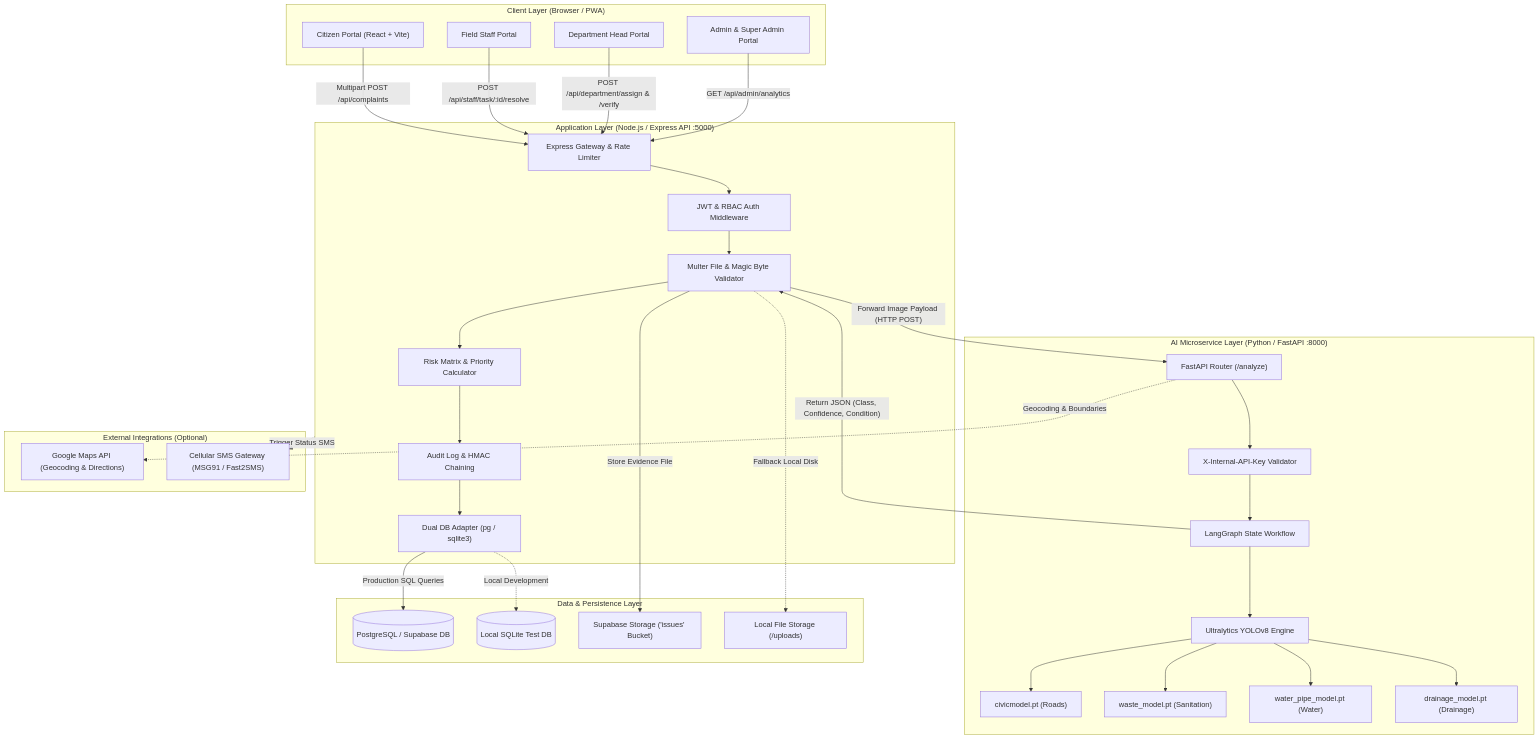
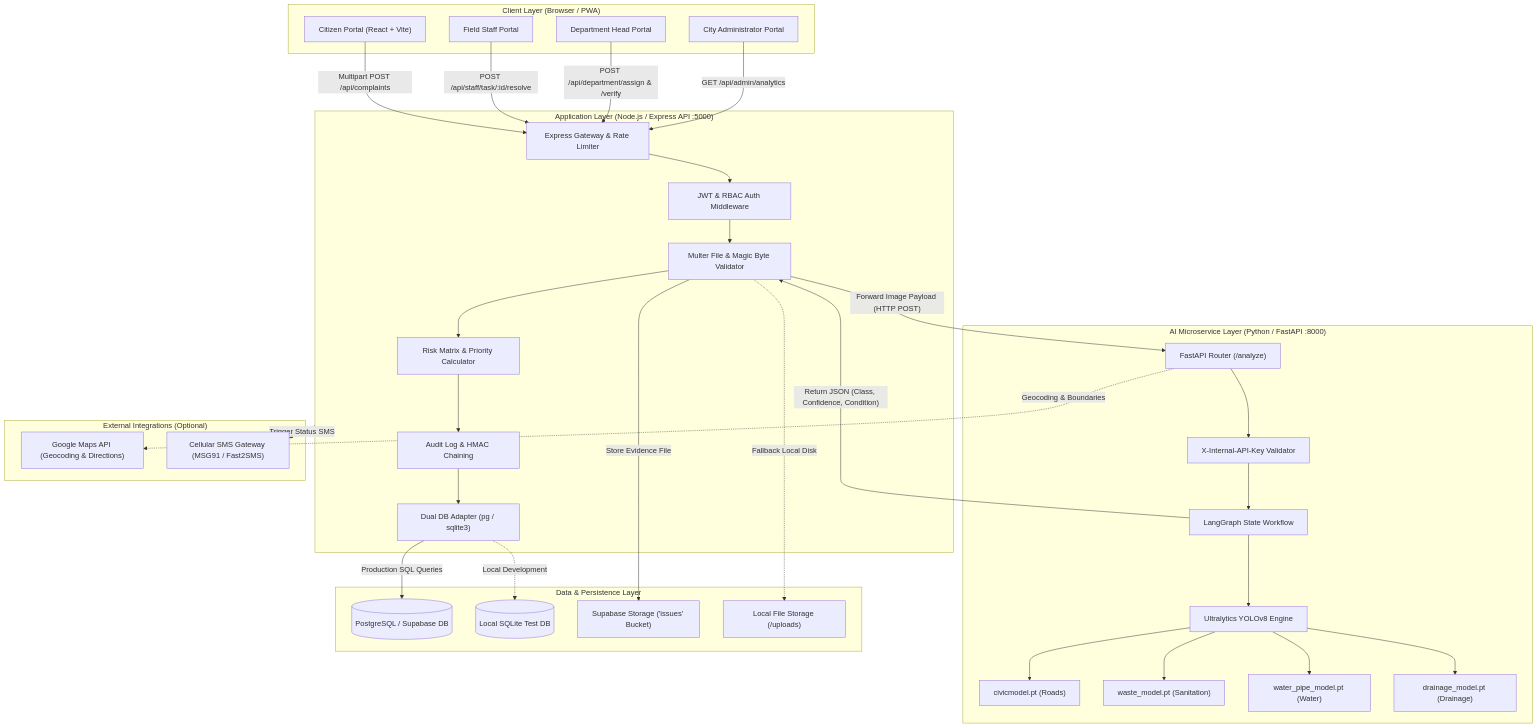
One commit to pratiktupe14/Nagarsetu-Ai changed the first of 2 diagrams in README.md. Above: the diagram before and after it, drawn with Mermaid. The commit also changed other lines of this file, not shown here.

````diff
--- a/README.md
+++ b/README.md
@@ -134,74 +132,74 @@
 ```mermaid
 flowchart TD
     subgraph ClientLayer ["Client Layer (Browser / PWA)"]
         CitizenApp["Citizen Portal (React + Vite)"]
         StaffApp["Field Staff Portal"]
         DeptHeadApp["Department Head Portal"]
-        AdminApp["Admin & Super Admin Portal"]
+        AdminApp["City Administrator Portal"]
     end
 
     subgraph BackendLayer ["Application Layer (Node.js / Express API :5000)"]
         Router["Express Gateway & Rate Limiter"]
         AuthMiddleware["JWT & RBAC Auth Middleware"]
         UploadHandler["Multer File & Magic Byte Validator"]
         RiskEngine["Risk Matrix & Priority Calculator"]
         AuditService["Audit Log & HMAC Chaining"]
         DBAdapter["Dual DB Adapter (pg / sqlite3)"]
     end
 
     subgraph AILayer ["AI Microservice Layer (Python / FastAPI :8000)"]
         FastAPIEndpoint["FastAPI Router (/analyze)"]
         InternalAuth["X-Internal-API-Key Validator"]
         LangGraphPipe["LangGraph State Workflow"]
         YOLOEngine["Ultralytics YOLOv8 Engine"]
         M1["civicmodel.pt (Roads)"]
         M2["waste_model.pt (Sanitation)"]
         M3["water_pipe_model.pt (Water)"]
         M4["drainage_model.pt (Drainage)"]
     end
 
     subgraph DataLayer ["Data & Persistence Layer"]
         PostgresDB[("PostgreSQL / Supabase DB")]
         LocalDB[("Local SQLite Test DB")]
         StorageBucket["Supabase Storage ('issues' Bucket)"]
         LocalDisk["Local File Storage (/uploads)"]
     end
 
     subgraph ExternalServices ["External Integrations (Optional)"]
         GMaps["Google Maps API (Geocoding & Directions)"]
         SMSGateway["Cellular SMS Gateway (MSG91 / Fast2SMS)"]
     end
 
     %% Client to Backend
     CitizenApp -->|"Multipart POST /api/complaints"| Router
     StaffApp -->|"POST /api/staff/task/:id/resolve"| Router
     DeptHeadApp -->|"POST /api/department/assign & /verify"| Router
     AdminApp -->|"GET /api/admin/analytics"| Router
 
     %% Backend Internal Processing
     Router --> AuthMiddleware
     AuthMiddleware --> UploadHandler
     UploadHandler -->|"Forward Image Payload (HTTP POST)"| FastAPIEndpoint
     UploadHandler -->|"Store Evidence File"| StorageBucket
     UploadHandler -.->|"Fallback Local Disk"| LocalDisk
 
     %% AI Microservice Flow
     FastAPIEndpoint --> InternalAuth
     InternalAuth --> LangGraphPipe
     LangGraphPipe --> YOLOEngine
     YOLOEngine --> M1 & M2 & M3 & M4
     LangGraphPipe -->|"Return JSON (Class, Confidence, Condition)"| UploadHandler
 
     %% Backend Post-AI Logic
     UploadHandler --> RiskEngine
     RiskEngine --> AuditService
     AuditService --> DBAdapter
 
     %% Database writes
     DBAdapter -->|"Production SQL Queries"| PostgresDB
     DBAdapter -.->|"Local Development"| LocalDB
 
     %% External calls
     FastAPIEndpoint -.->|"Geocoding & Boundaries"| GMaps
     BackendLayer -.->|"Trigger Status SMS"| SMSGateway
 ```
````
